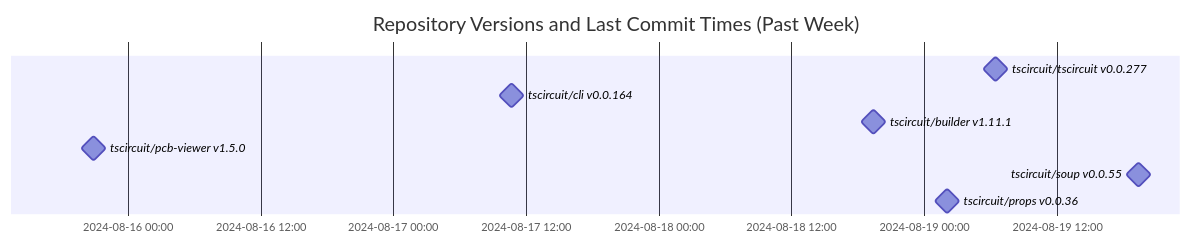
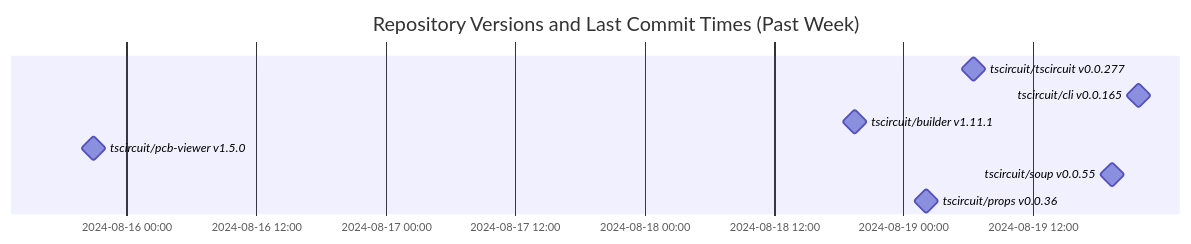
Before and after one commit to tscircuit/version-tracker: the diagram in README.md, drawn with Mermaid.

Commit message:
Update chart

````diff
--- a/README.md
+++ b/README.md
@@ -1,13 +1,13 @@
 ```mermaid
 gantt
   dateFormat  YYYY-MM-DD HH:mm:ss
   title Repository Versions and Last Commit Times (Past Week)
   axisFormat %Y-%m-%d %H:%M
 
   tscircuit/tscircuit v0.0.277 : milestone, 2024-08-19 06:29:36, 1s
-  tscircuit/cli v0.0.164 : milestone, 2024-08-17 10:43:36, 1s
+  tscircuit/cli v0.0.165 : milestone, 2024-08-19 21:47:00, 1s
   tscircuit/builder v1.11.1 : milestone, 2024-08-18 19:26:24, 1s
   tscircuit/pcb-viewer v1.5.0 : milestone, 2024-08-15 20:55:08, 1s
   tscircuit/soup v0.0.55 : milestone, 2024-08-19 19:22:24, 1s
   tscircuit/props v0.0.36 : milestone, 2024-08-19 02:05:19, 1s
 ```
````
